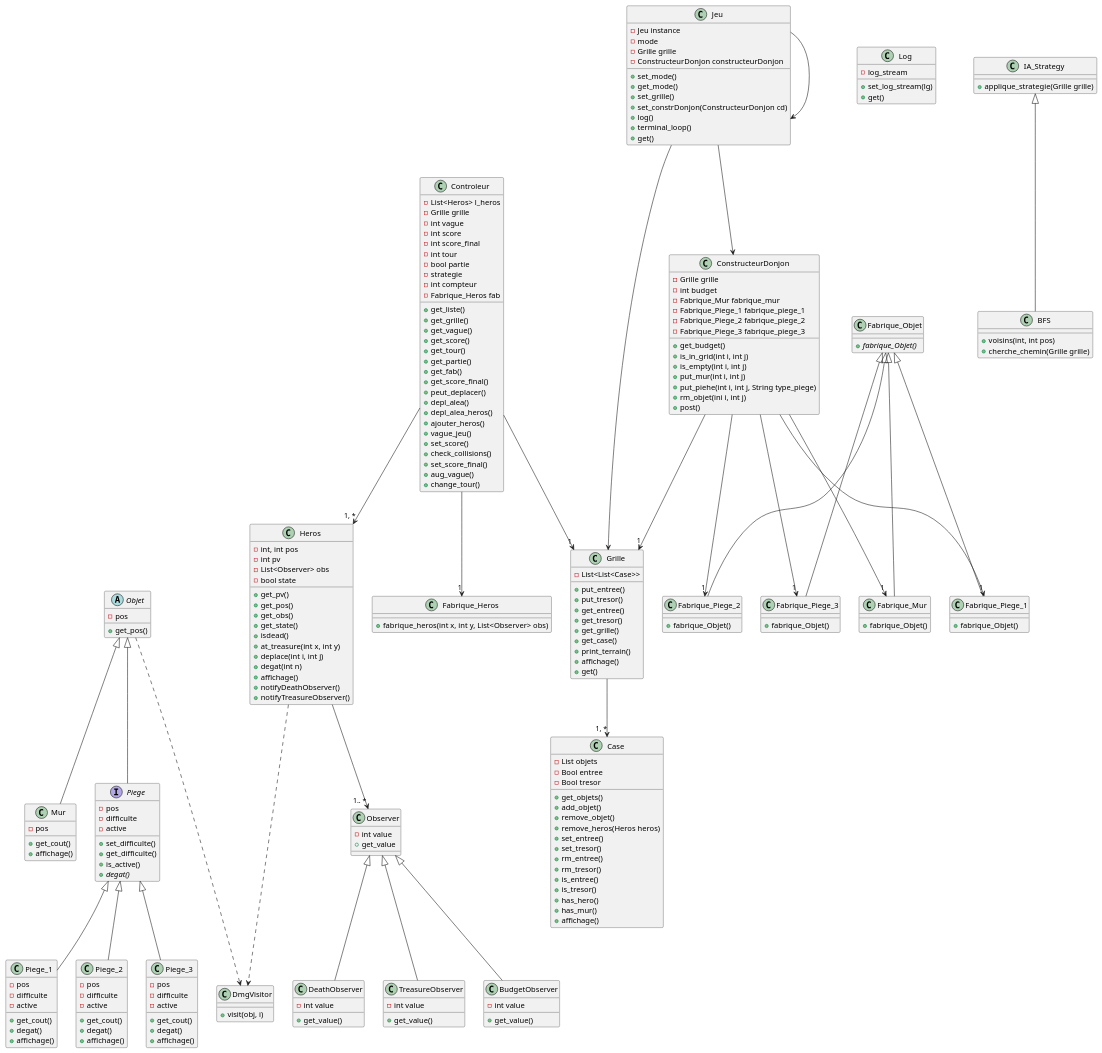
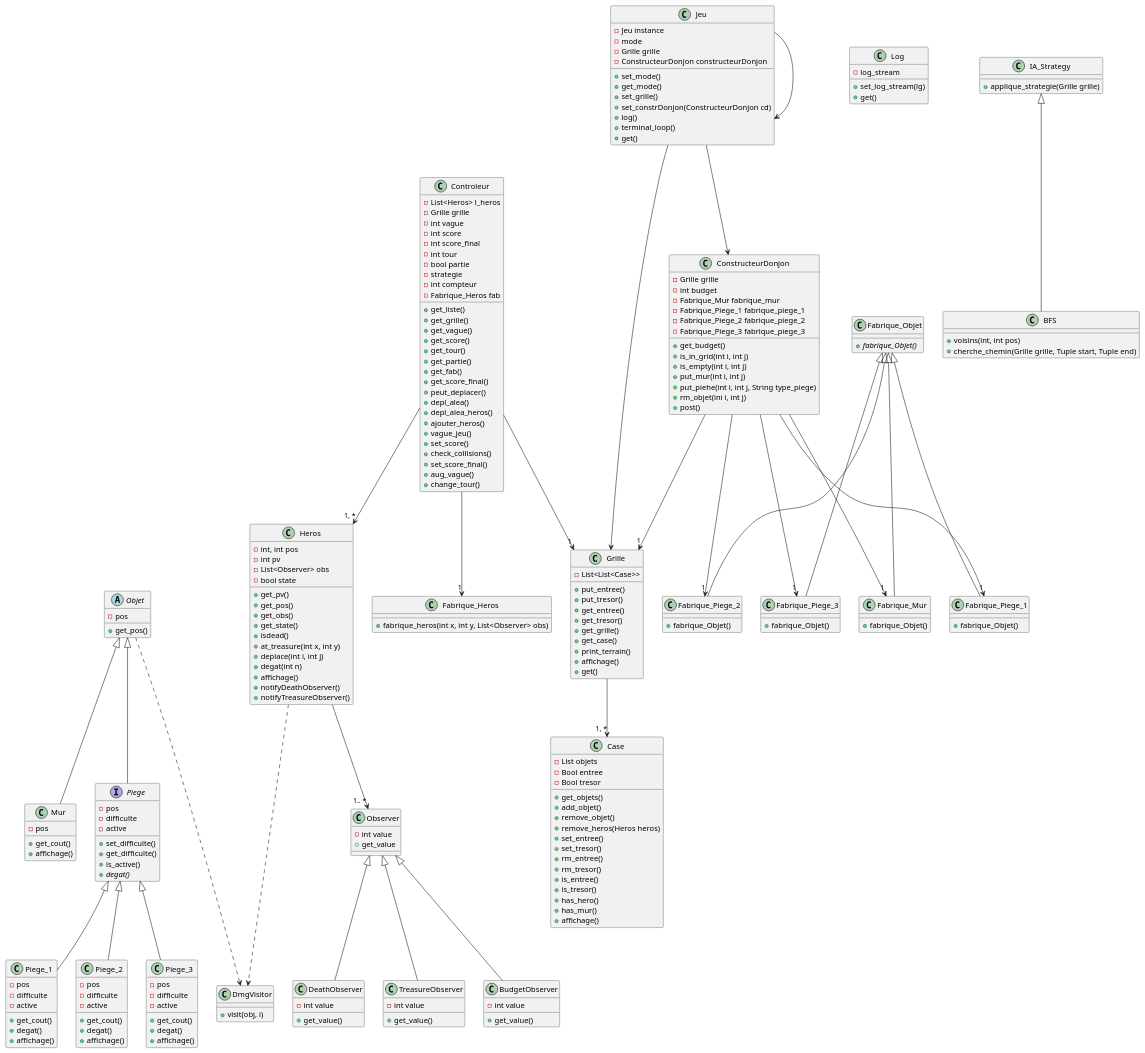
The diagram in codingweek.puml (daniapc/dungeon-master), drawn with PlantUML before and after one commit. The commit also changed 5 other files, not shown here.

Commit message:
ajout de paramètre dans cherche_chemin appliqué partout

```diff
--- a/codingweek.puml
+++ b/codingweek.puml
@@ -200,7 +200,7 @@
 
 Class BFS{
 + voisins(int, int pos)
-+ cherche_chemin(Grille grille)
++ cherche_chemin(Grille grille, Tuple start, Tuple end)
 }
 
 Class Observer{
```
